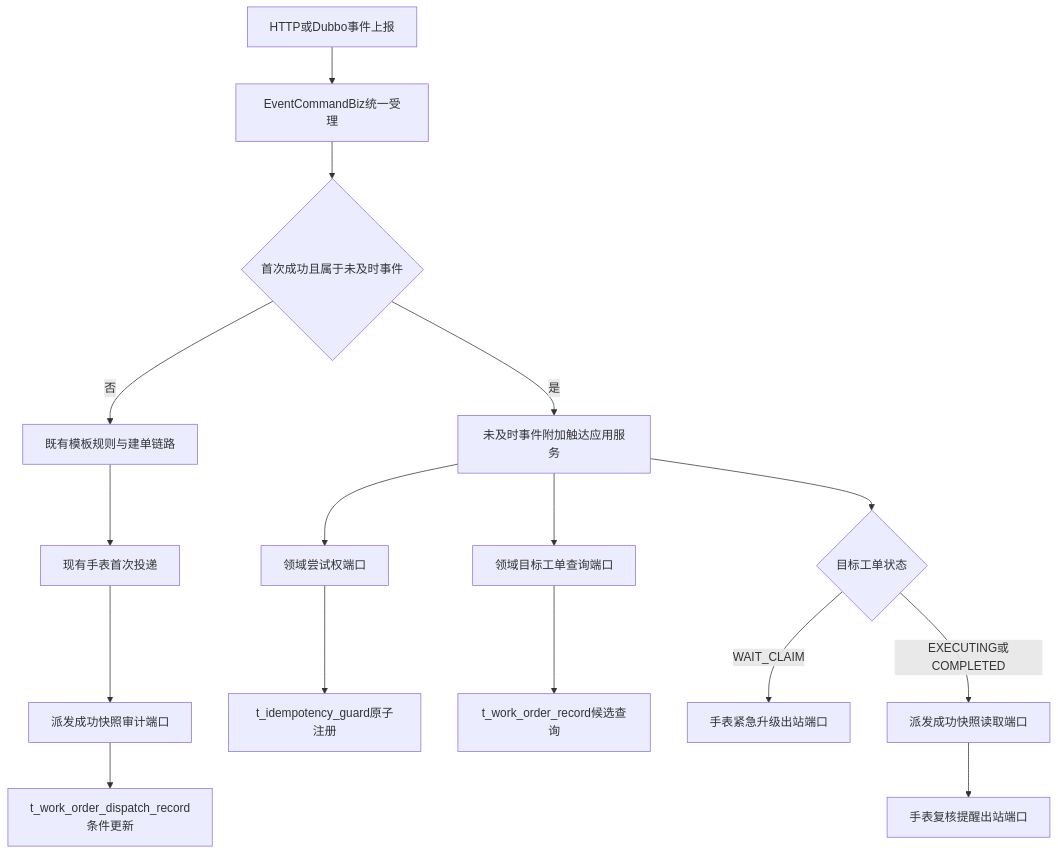
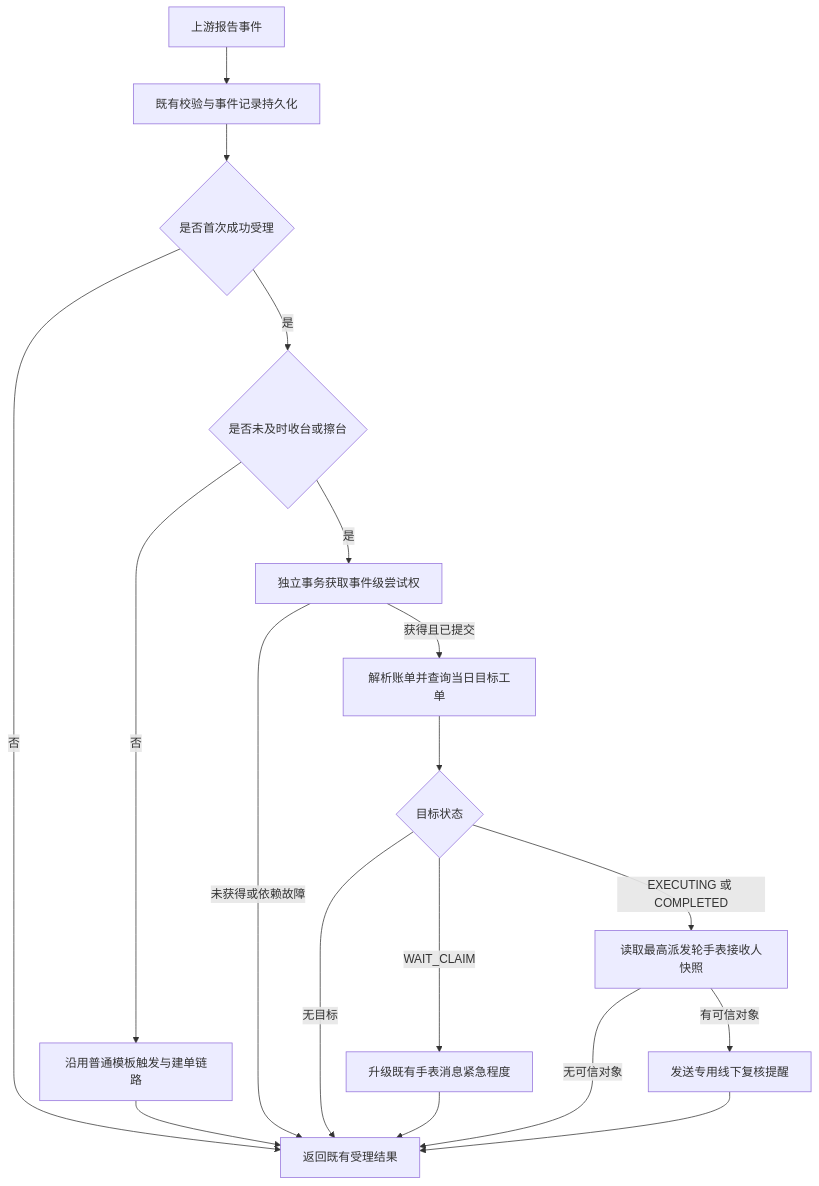
Before and after one commit to jerrywalker0435/pretty-ai-harness: the diagram in untimely-table-service-event-follow-up/design.md, drawn with Mermaid. The commit also changed other lines of this file and 21 other files, not shown here.

````diff
--- a/untimely-table-service-event-follow-up/design.md
+++ b/untimely-table-service-event-follow-up/design.md
@@ -200,18 +19,20 @@
 ```mermaid
 flowchart TD
-    A[HTTP或Dubbo事件上报] --> B[EventCommandBiz统一受理]
-    B --> C{首次成功且属于未及时事件}
-    C -->|否| D[既有模板规则与建单链路]
-    C -->|是| E[未及时事件附加触达应用服务]
-    E --> F[领域尝试权端口]
-    F --> G[t_idempotency_guard原子注册]
-    E --> H[领域目标工单查询端口]
-    H --> I[t_work_order_record候选查询]
-    E --> J{目标工单状态}
-    J -->|WAIT_CLAIM| K[手表紧急升级出站端口]
-    J -->|EXECUTING或COMPLETED| L[派发成功快照读取端口]
-    L --> M[手表复核提醒出站端口]
-    D --> N[现有手表首次投递]
-    N --> O[派发成功快照审计端口]
-    O --> P[t_work_order_dispatch_record条件更新]
+    A[上游报告事件] --> B[既有校验与事件记录持久化]
+    B --> C{是否首次成功受理}
+    C -->|否| R[返回既有受理结果]
+    C -->|是| D{是否未及时收台或擦台}
+    D -->|否| N[沿用普通模板触发与建单链路]
+    D -->|是| E[独立事务获取事件级尝试权]
+    E -->|未获得或依赖故障| R
+    E -->|获得且已提交| F[解析账单并查询当日目标工单]
+    F --> G{目标状态}
+    G -->|无目标| R
+    G -->|WAIT_CLAIM| H[升级既有手表消息紧急程度]
+    G -->|EXECUTING 或 COMPLETED| I[读取最高派发轮手表接收人快照]
+    I -->|无可信对象| R
+    I -->|有可信对象| J[发送专用线下复核提醒]
+    H --> R
+    J --> R
+    N --> R
 ```
````
